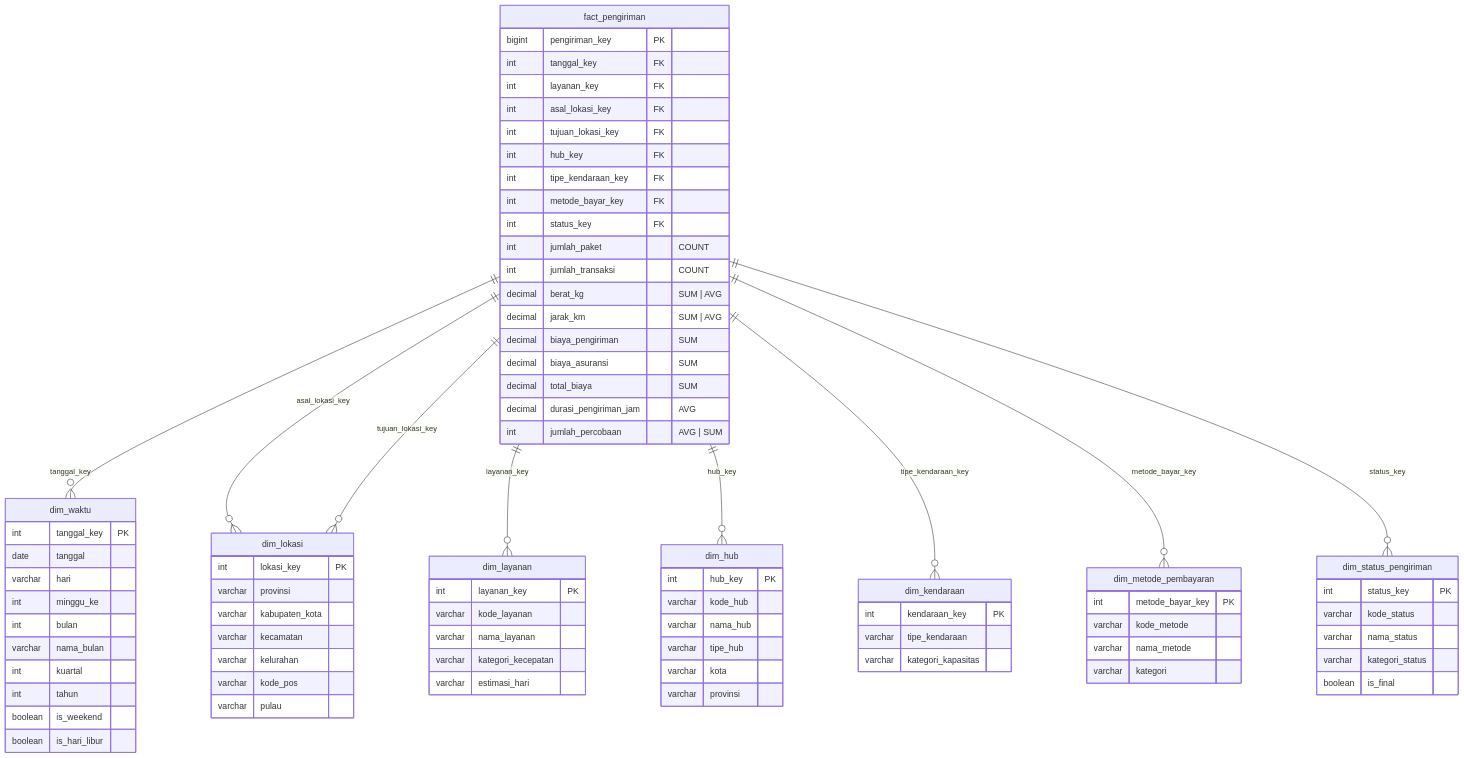
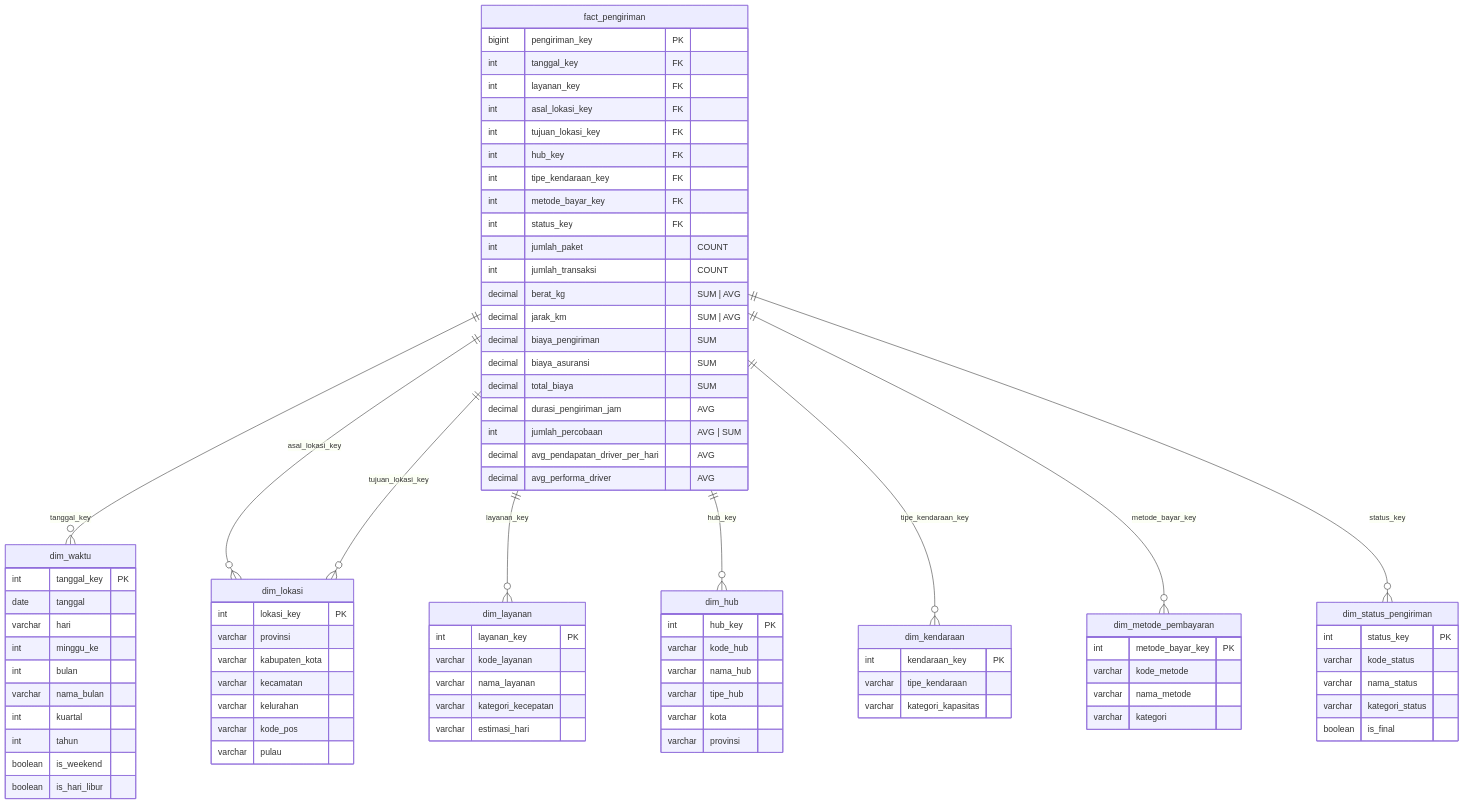
Before and after one commit to Iqbaalz28/NusaRoute: the second of 2 diagrams in README.md, drawn with Mermaid. The commit also changed other lines of this file and 5 other files, not shown here.

```diff
--- a/README.md
+++ b/README.md
@@ -310,6 +314,8 @@
         decimal total_biaya "SUM"
         decimal durasi_pengiriman_jam "AVG"
         int jumlah_percobaan "AVG | SUM"
+        decimal avg_pendapatan_driver_per_hari "AVG"
+        decimal avg_performa_driver "AVG"
     }
 
     dim_waktu {
```
